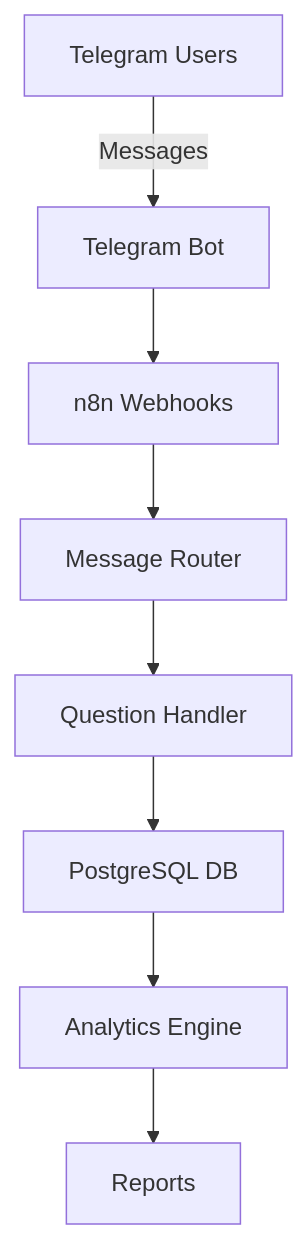
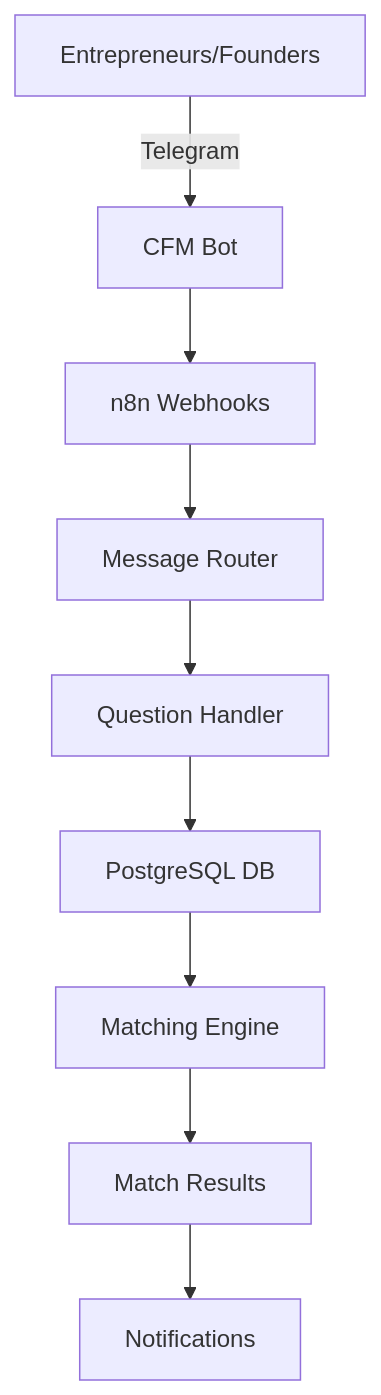
One commit to Rivega42/cfm-bot changed the diagram in README.md. Above: the diagram before and after it, drawn with Mermaid. The commit also changed other lines of this file and 1 other file, not shown here.

Commit message:
Исправление: CFM = Cofounder Match, не Customer Feedback

````diff
--- a/README.md
+++ b/README.md
@@ -22,10 +23,11 @@
 ```mermaid
 graph TB
-    A[Telegram Users] -->|Messages| B[Telegram Bot]
+    A[Entrepreneurs/Founders] -->|Telegram| B[CFM Bot]
     B --> C[n8n Webhooks]
     C --> D[Message Router]
     D --> E[Question Handler]
     E --> F[PostgreSQL DB]
-    F --> G[Analytics Engine]
-    G --> H[Reports]
+    F --> G[Matching Engine]
+    G --> H[Match Results]
+    H --> I[Notifications]
 ```
````
